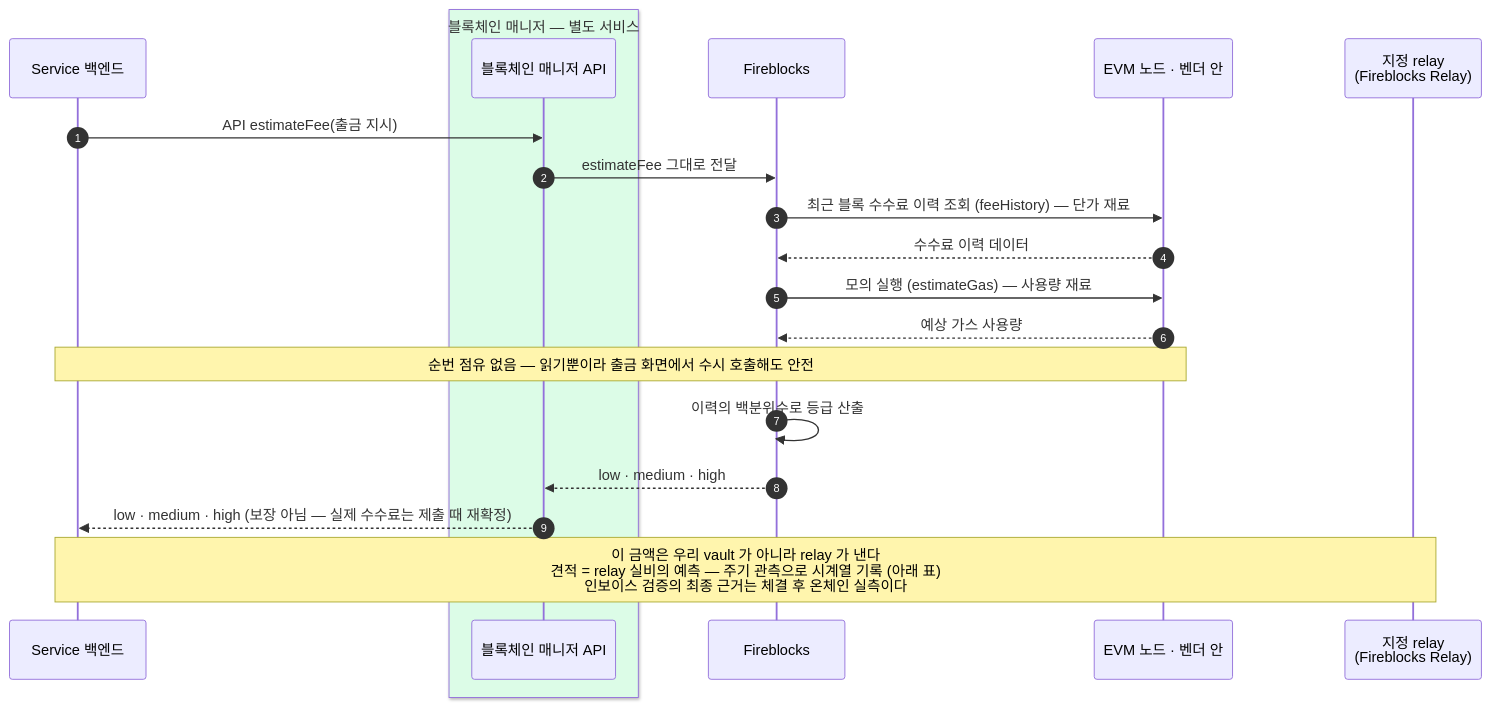
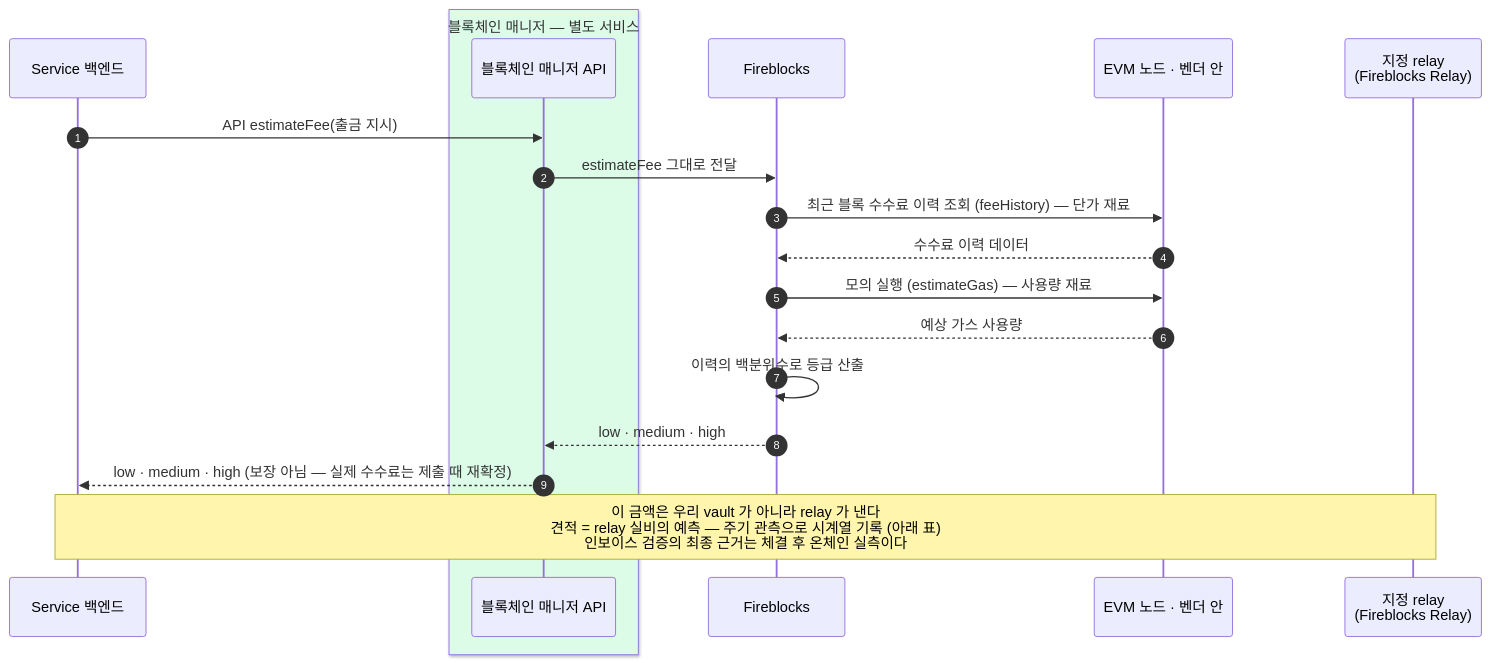
Before and after one commit to eunsujeo/eunpus: the diagram in blockchain-manager/docs/블록체인매니저/설계/07-estimate-fee.md, drawn with Mermaid. The commit also changed 10 other files, not shown here.

````diff
--- a/blockchain-manager/docs/블록체인매니저/설계/07-estimate-fee.md
+++ b/blockchain-manager/docs/블록체인매니저/설계/07-estimate-fee.md
@@ -17,23 +17,22 @@
 ```mermaid
 sequenceDiagram
     autonumber
     participant BE as Service 백엔드
     box rgb(220,252,231) 블록체인 매니저 — 별도 서비스
     participant BM as 블록체인 매니저 API
     end
     participant FB as Fireblocks
     participant CH as EVM 노드 · 벤더 안
     participant RL as 지정 relay<br/>(Fireblocks Relay)
 
     BE->>BM: API estimateFee(출금 지시)
     BM->>FB: estimateFee 그대로 전달
     FB->>CH: 최근 블록 수수료 이력 조회 (feeHistory) — 단가 재료
     CH-->>FB: 수수료 이력 데이터
     FB->>CH: 모의 실행 (estimateGas) — 사용량 재료
     CH-->>FB: 예상 가스 사용량
-    Note over BE,CH: 순번 점유 없음 — 읽기뿐이라 출금 화면에서 수시 호출해도 안전
     FB->>FB: 이력의 백분위수로 등급 산출
     FB-->>BM: low · medium · high
     BM-->>BE: low · medium · high (보장 아님 — 실제 수수료는 제출 때 재확정)
     Note over BE,RL: 이 금액은 우리 vault 가 아니라 relay 가 낸다<br/>견적 = relay 실비의 예측 — 주기 관측으로 시계열 기록 (아래 표)<br/>인보이스 검증의 최종 근거는 체결 후 온체인 실측이다
 ```
````
